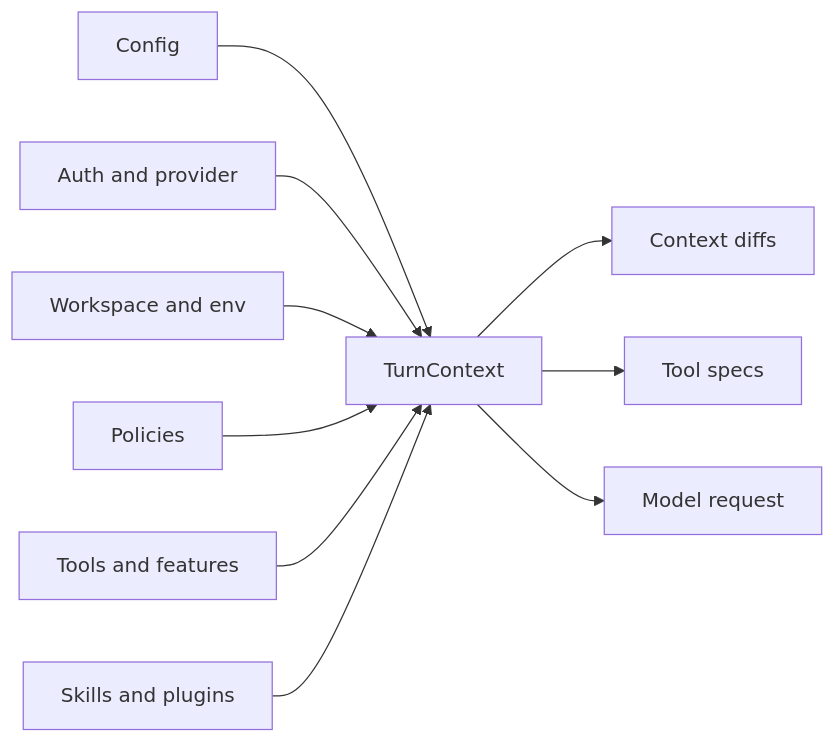
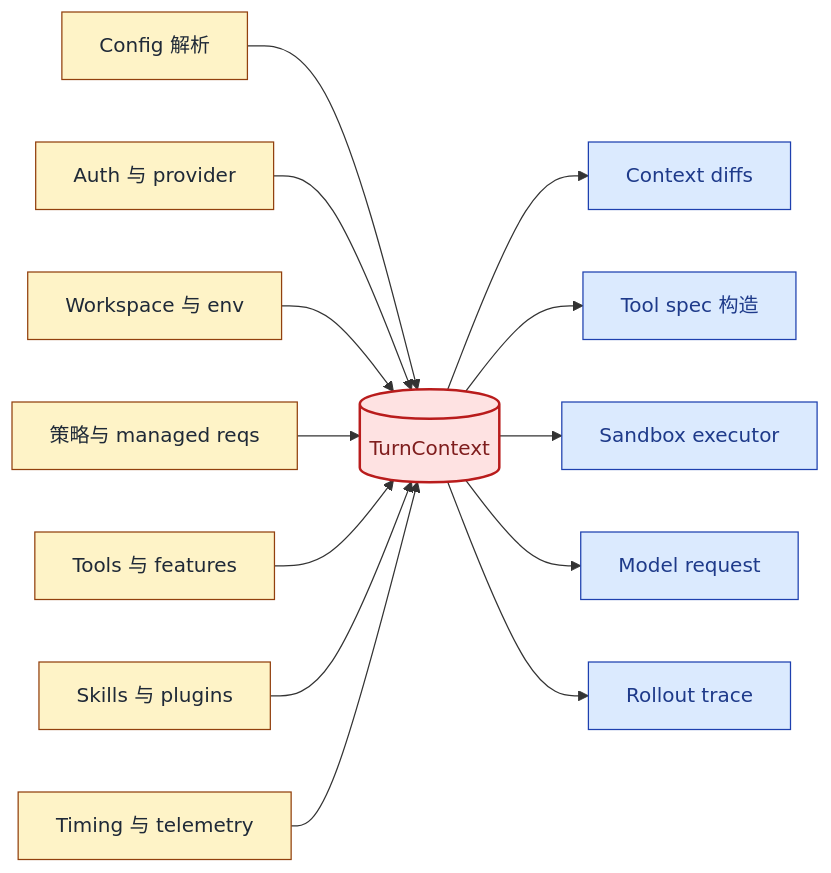
One commit to WineChord/books changed the first of 2 diagrams in docs/zh/codex-context-management/chapter-02.md. Above: the diagram before and after it, drawn with Mermaid. The commit also changed other lines of this file and 21 other files, not shown here.

````diff
--- a/docs/zh/codex-context-management/chapter-02.md
+++ b/docs/zh/codex-context-management/chapter-02.md
@@ -21,12 +42,21 @@
 ```mermaid
-graph LR
-  A[Config] --> T[TurnContext]
-  B[Auth and provider] --> T
-  C[Workspace and env] --> T
-  D[Policies] --> T
-  E[Tools and features] --> T
-  F[Skills and plugins] --> T
-  T --> G[Context diffs]
-  T --> H[Tool specs]
-  T --> I[Model request]
+flowchart LR
+  A[Config 解析] --> T[(TurnContext)]
+  B[Auth 与 provider] --> T
+  C[Workspace 与 env] --> T
+  D[策略与 managed reqs] --> T
+  E[Tools 与 features] --> T
+  F[Skills 与 plugins] --> T
+  G[Timing 与 telemetry] --> T
+  T --> H[Context diffs]
+  T --> I[Tool spec 构造]
+  T --> J[Sandbox executor]
+  T --> K[Model request]
+  T --> L[Rollout trace]
+  classDef inputs fill:#fef3c7,stroke:#92400e,color:#1f2937;
+  classDef envelope fill:#fee2e2,stroke:#b91c1c,color:#7f1d1d,stroke-width:2px;
+  classDef consumers fill:#dbeafe,stroke:#1e40af,color:#1e3a8a;
+  class A,B,C,D,E,F,G inputs;
+  class T envelope;
+  class H,I,J,K,L consumers;
 ```
````
